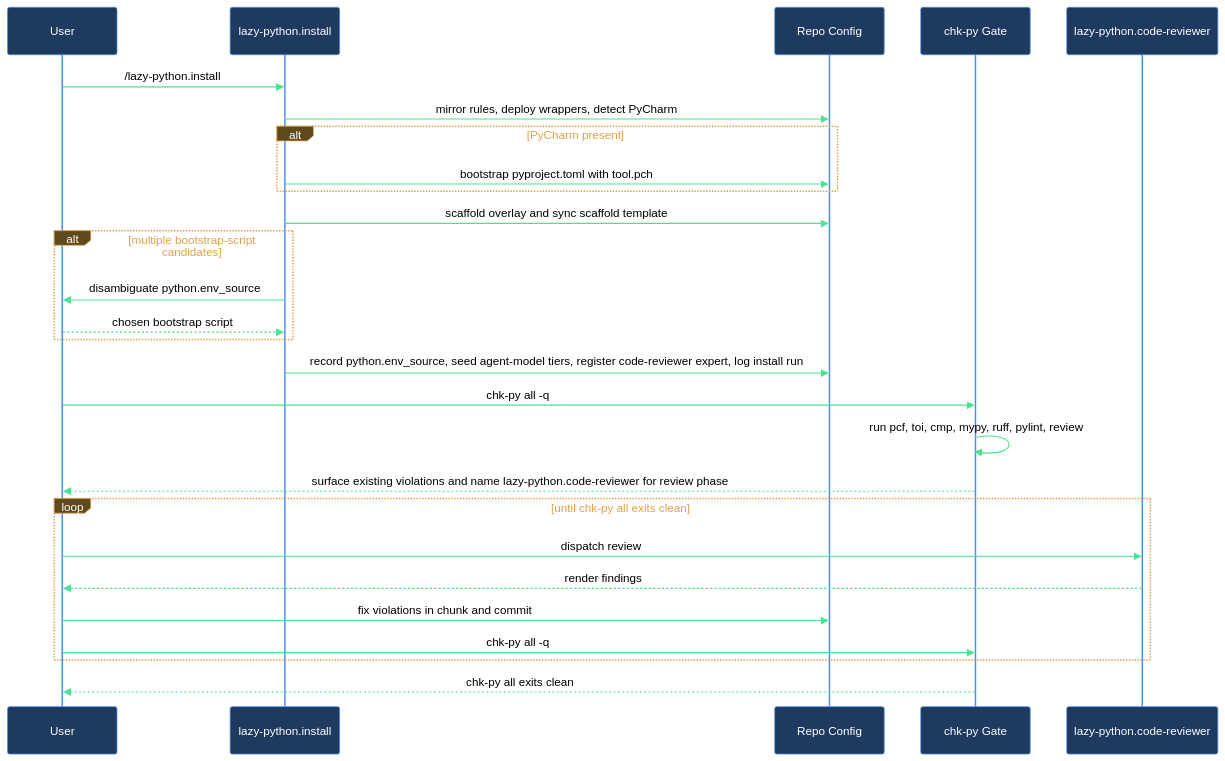
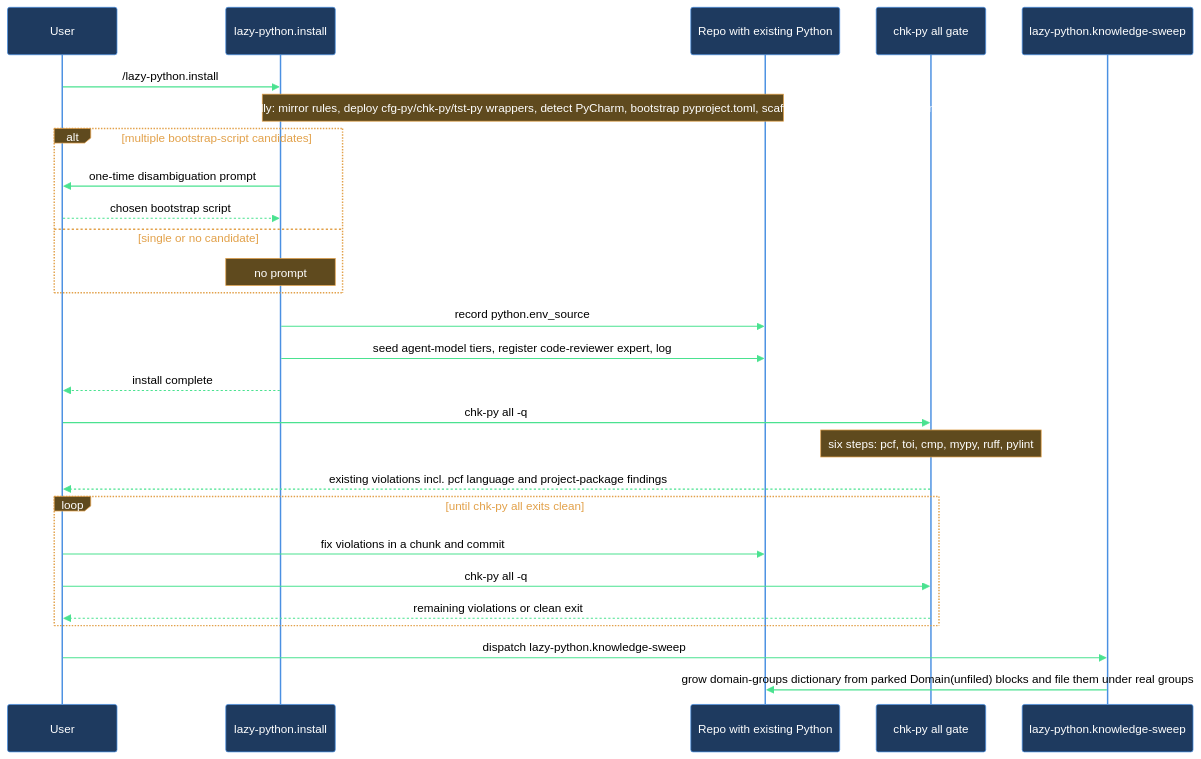
One commit to mebius-san/lazy-cortex changed the diagram in plugins/claude/lazycortex-python/help/walkthroughs/migrate-existing-repo.md. Above: the diagram before and after it, drawn with Mermaid. The commit also changed other lines of this file and 105 other files, not shown here.

Commit message:
release core 11.1.1, experts 1.10.2, obsidian 6.2.2, python 4.14.0, review 6.14.3, specs 11.1.0, wiki 3.7.3

````diff
--- a/plugins/claude/lazycortex-python/help/walkthroughs/migrate-existing-repo.md
+++ b/plugins/claude/lazycortex-python/help/walkthroughs/migrate-existing-repo.md
@@ -173,31 +173,34 @@
 ```mermaid
 %%{init: {'themeVariables':{'background':'transparent','primaryColor':'#1e3a5f','primaryBorderColor':'#4a90e2','primaryTextColor':'#fff','lineColor':'#4ae290','actorBkg':'#1e3a5f','actorBorder':'#4a90e2','actorTextColor':'#fff','actorLineColor':'#4a90e2','signalColor':'#4ae290','signalTextColor':'#000','noteBkgColor':'#5f4a1e','noteBorderColor':'#e2a14a','noteTextColor':'#fff','labelBoxBkgColor':'#5f4a1e','labelBoxBorderColor':'#e2a14a','labelTextColor':'#fff','loopTextColor':'#e2a14a'},'sequence':{'diagramPadding':5,'useMaxWidth':true}}}%%
 sequenceDiagram
   participant user as User
-  participant installSkill as lazy-python.install
-  participant repoConfig as Repo Config
-  participant chkPyGate as chk-py Gate
-  participant codeReviewer as lazy-python.code-reviewer
+  participant install as lazy-python.install
+  participant repo as Repo with existing Python
+  participant gate as chk-py all gate
+  participant sweep as lazy-python.knowledge-sweep
 
-  user->>installSkill: /lazy-python.install
-  installSkill->>repoConfig: mirror rules, deploy wrappers, detect PyCharm
-  alt PyCharm present
-    installSkill->>repoConfig: bootstrap pyproject.toml with tool.pch
+  user->>install: /lazy-python.install
+  Note over install,repo: Ordered steps run fully automatically: mirror rules, deploy cfg-py/chk-py/tst-py wrappers, detect PyCharm, bootstrap pyproject.toml, scaffold overlay, sync scaffold template
+  alt multiple bootstrap-script candidates
+    install->>user: one-time disambiguation prompt
+    user-->>install: chosen bootstrap script
+  else single or no candidate
+    Note over install: no prompt
   end
-  installSkill->>repoConfig: scaffold overlay and sync scaffold template
-  alt multiple bootstrap-script candidates
-    installSkill->>user: disambiguate python.env_source
-    user-->>installSkill: chosen bootstrap script
+  install->>repo: record python.env_source
+  install->>repo: seed agent-model tiers, register code-reviewer expert, log
+  install-->>user: install complete
+
+  user->>gate: chk-py all -q
+  Note over gate: six steps: pcf, toi, cmp, mypy, ruff, pylint
+  gate-->>user: existing violations incl. pcf language and project-package findings
+
+  loop until chk-py all exits clean
+    user->>repo: fix violations in a chunk and commit
+    user->>gate: chk-py all -q
+    gate-->>user: remaining violations or clean exit
   end
-  installSkill->>repoConfig: record python.env_source, seed agent-model tiers, register code-reviewer expert, log install run
-  user->>chkPyGate: chk-py all -q
-  chkPyGate->>chkPyGate: run pcf, toi, cmp, mypy, ruff, pylint, review
-  chkPyGate-->>user: surface existing violations and name lazy-python.code-reviewer for review phase
-  loop until chk-py all exits clean
-    user->>codeReviewer: dispatch review
-    codeReviewer-->>user: render findings
-    user->>repoConfig: fix violations in chunk and commit
-    user->>chkPyGate: chk-py all -q
-  end
-  chkPyGate-->>user: chk-py all exits clean
+
+  user->>sweep: dispatch lazy-python.knowledge-sweep
+  sweep->>repo: grow domain-groups dictionary from parked Domain(unfiled) blocks and file them under real groups
 ```
````
